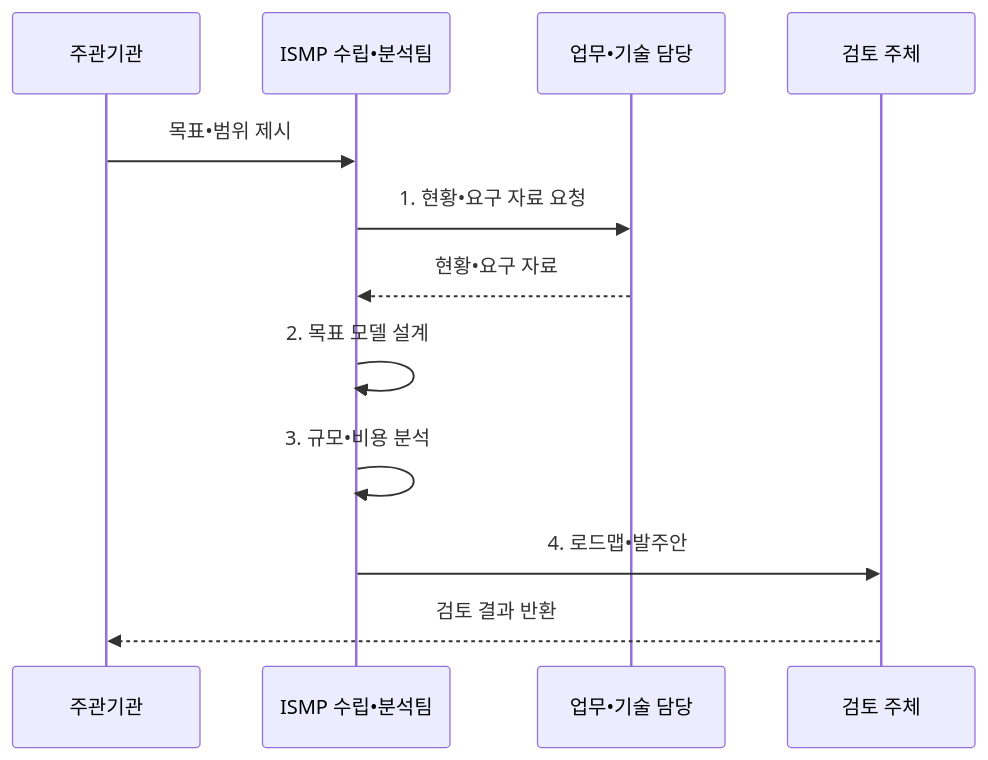
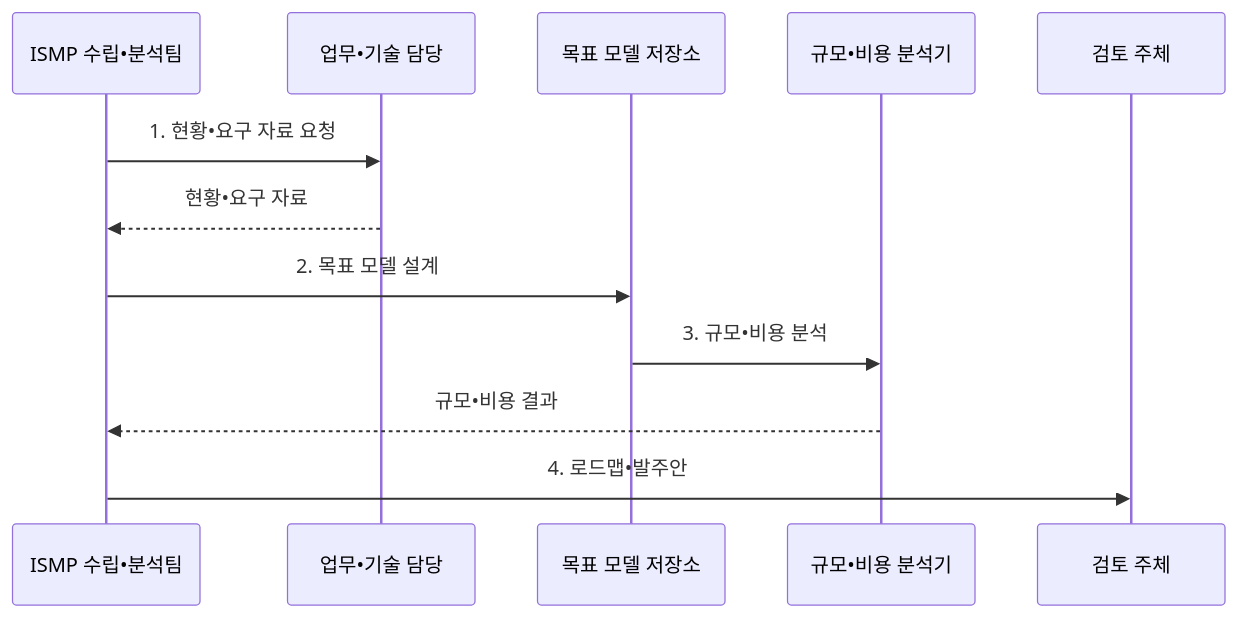
Before and after one commit to agnusdei1207/knowledge-base: the second of 2 diagrams in src/content/docs/notes/03-software/187_ismp.md, drawn with Mermaid. The commit also changed other lines of this file and 7 other files, not shown here.

````diff
--- a/src/content/docs/notes/03-software/187_ismp.md
+++ b/src/content/docs/notes/03-software/187_ismp.md
@@ -106,14 +106,14 @@
 ```mermaid
 sequenceDiagram
-    participant O as 주관기관
     participant T as ISMP 수립•분석팀
     participant U as 업무•기술 담당
+    participant D as 목표 모델 저장소
+    participant C as 규모•비용 분석기
     participant R as 검토 주체
-    O->>T: 목표•범위 제시
     T->>U: 1. 현황•요구 자료 요청
     U-->>T: 현황•요구 자료
-    T->>T: 2. 목표 모델 설계
-    T->>T: 3. 규모•비용 분석
+    T->>D: 2. 목표 모델 설계
+    D->>C: 3. 규모•비용 분석
+    C-->>T: 규모•비용 결과
     T->>R: 4. 로드맵•발주안
-    R-->>O: 검토 결과 반환
 ```
````
